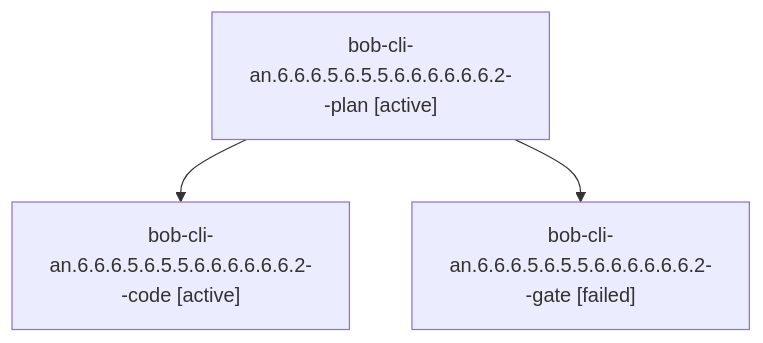
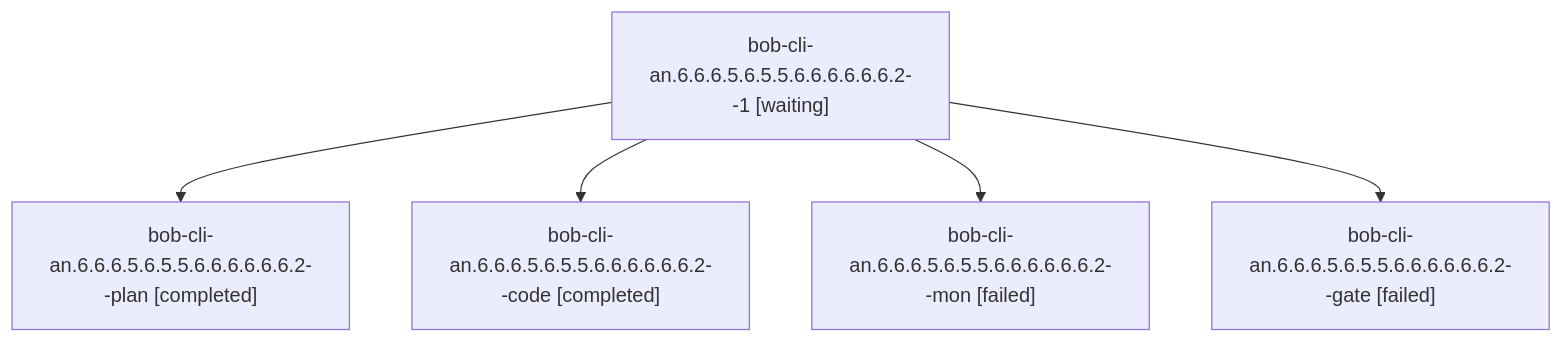
One commit to bobs-org/bob-cli--agents changed the diagram in sessions/bbugyi200.athena.bob-cli-an.6.6.6.5.6.5.5.6.6.6.6.6.6.2.md. Above: the diagram before and after it, drawn with Mermaid. The commit also changed other lines of this file and 262 other files, not shown here.

````diff
--- a/sessions/bbugyi200.athena.bob-cli-an.6.6.6.5.6.5.5.6.6.6.6.6.6.2.md
+++ b/sessions/bbugyi200.athena.bob-cli-an.6.6.6.5.6.5.5.6.6.6.6.6.6.2.md
@@ -9,8 +9,12 @@
 ```mermaid
 flowchart TD
-  n0["bob-cli-an.6.6.6.5.6.5.5.6.6.6.6.6.6.2--plan [active]"]
-  n1["bob-cli-an.6.6.6.5.6.5.5.6.6.6.6.6.6.2--code [active]"]
+  n0["bob-cli-an.6.6.6.5.6.5.5.6.6.6.6.6.6.2--1 [waiting]"]
+  n1["bob-cli-an.6.6.6.5.6.5.5.6.6.6.6.6.6.2--plan [completed]"]
   n0 --> n1
-  n2["bob-cli-an.6.6.6.5.6.5.5.6.6.6.6.6.6.2--gate [failed]"]
+  n2["bob-cli-an.6.6.6.5.6.5.5.6.6.6.6.6.6.2--code [completed]"]
   n0 --> n2
+  n3["bob-cli-an.6.6.6.5.6.5.5.6.6.6.6.6.6.2--mon [failed]"]
+  n0 --> n3
+  n4["bob-cli-an.6.6.6.5.6.5.5.6.6.6.6.6.6.2--gate [failed]"]
+  n0 --> n4
 ```
````
